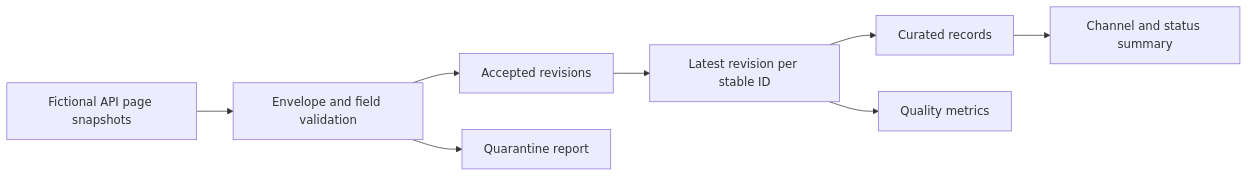
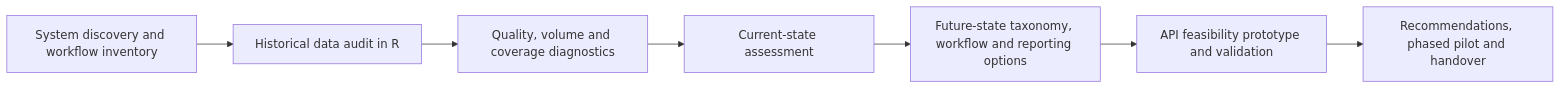
Before and after one commit to davebrown9000/enterprise-data-pipeline-analytics: the diagram in README.md, drawn with Mermaid. The commit also changed other lines of this file, not shown here.

````diff
--- a/README.md
+++ b/README.md
@@ -13,10 +13,9 @@
 ```mermaid
 flowchart LR
-    A[Fictional API page snapshots] --> B[Envelope and field validation]
-    B --> C[Accepted revisions]
-    B --> D[Quarantine report]
-    C --> E[Latest revision per stable ID]
-    E --> F[Curated records]
-    F --> G[Channel and status summary]
-    E --> H[Quality metrics]
+    A[System discovery and workflow inventory] --> B[Historical data audit in R]
+    B --> C[Quality, volume and coverage diagnostics]
+    C --> D[Current-state assessment]
+    D --> E[Future-state taxonomy, workflow and reporting options]
+    E --> F[API feasibility prototype and validation]
+    F --> G[Recommendations, phased pilot and handover]
 ```
````
